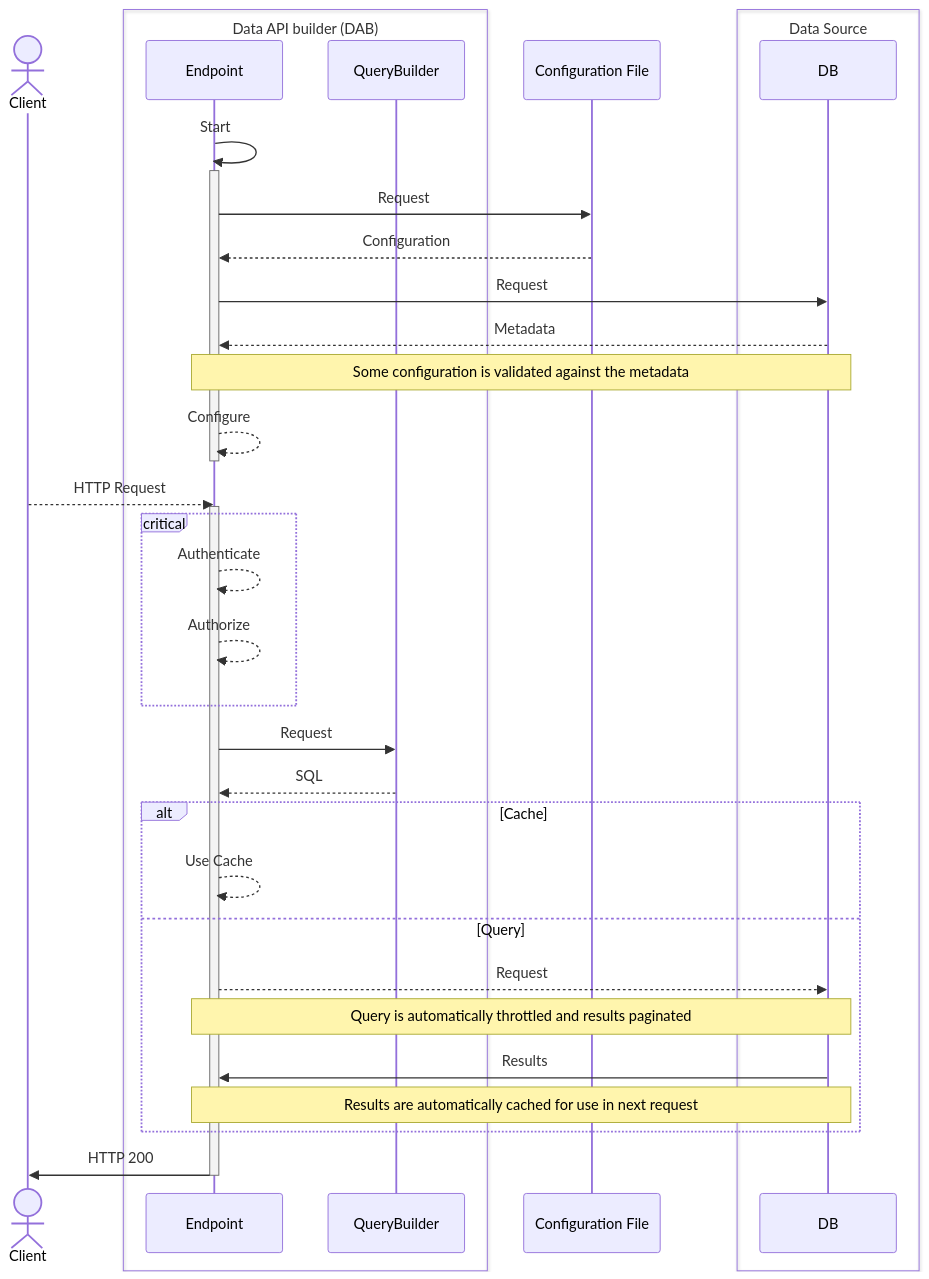
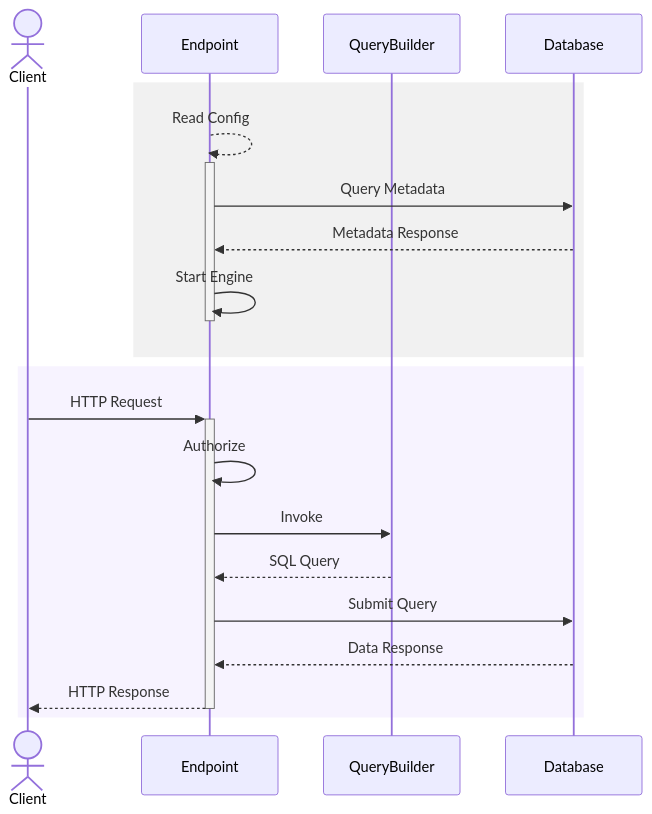
Before and after one commit to Azure/data-api-builder: the diagram in README.md, drawn with Mermaid. The commit also changed other lines of this file, not shown here.

````diff
--- a/README.md
+++ b/README.md
@@ -138,43 +260,26 @@
 ```mermaid
 sequenceDiagram
-    actor Client
+  actor Client as Client
+  participant Endpoint as Endpoint
+  participant QueryBuilder as QueryBuilder
+  participant DB as Database
 
-    box Data API builder (DAB)
-        participant Endpoint
-        participant QueryBuilder
-    end
+  %% Initialization / Warming up section (light grey)
+  rect rgba(120,120,120,0.10)
+    Endpoint -->>+ Endpoint: Read Config
+    Endpoint ->> DB: Query Metadata
+    DB -->> Endpoint: Metadata Response
+    Endpoint ->>- Endpoint: Start Engine
+  end
 
-    participant Configuration as Configuration File
-
-    box Data Source
-        participant DB
-    end
-
-    Endpoint->>Endpoint: Start
-    activate Endpoint
-        Endpoint->>Configuration: Request
-        Configuration-->>Endpoint: Configuration
-        Endpoint->>DB: Request
-        DB-->>Endpoint: Metadata
-            Note over Endpoint, DB: Some configuration is validated against the metadata
-        Endpoint-->>Endpoint: Configure
-    deactivate Endpoint
-    Client-->>Endpoint: HTTP Request
-    activate Endpoint
-        critical
-        Endpoint-->>Endpoint: Authenticate
-        Endpoint-->>Endpoint: Authorize
-        end
-        Endpoint->>QueryBuilder: Request
-        QueryBuilder-->>Endpoint: SQL
-        alt Cache
-            Endpoint-->>Endpoint: Use Cache
-        else Query
-            Endpoint-->>DB: Request
-            Note over Endpoint, DB: Query is automatically throttled and results paginated
-            DB->>Endpoint: Results
-            Note over Endpoint, DB: Results are automatically cached for use in next request
-        end
-        Endpoint->>Client: HTTP 200
-    deactivate Endpoint
+  %% Request/Response section (very light purple)
+  rect rgba(180,150,255,0.11)
+    Client ->>+ Endpoint: HTTP Request
+      Endpoint ->> Endpoint: Authorize
+    Endpoint ->> QueryBuilder: Invoke
+    QueryBuilder -->> Endpoint: SQL Query
+      Endpoint ->> DB: Submit Query
+      DB -->> Endpoint: Data Response
+    Endpoint -->>- Client: HTTP Response
+  end
 ```
````
